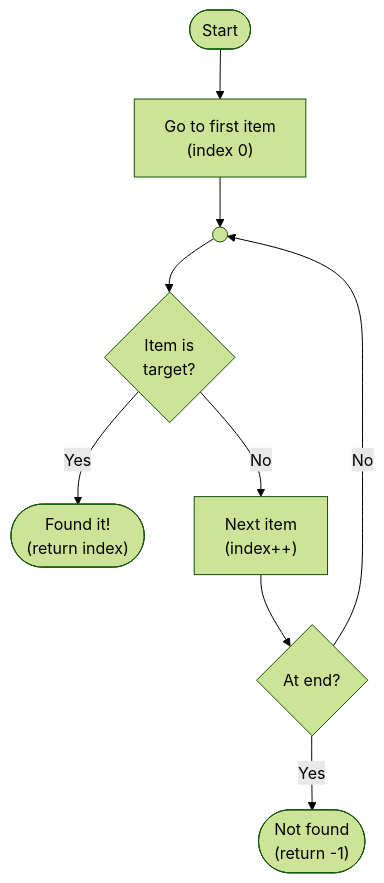
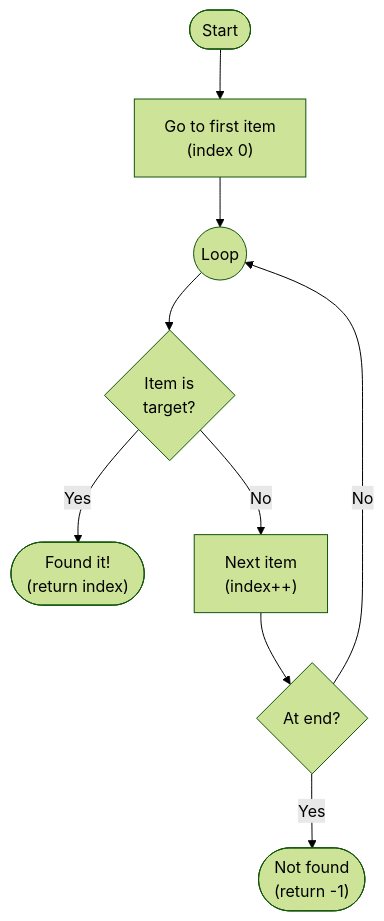
One commit to waimea-dt/how-do-i changed the first of 2 diagrams in docs/programming/algorithms/searching.md. Above: the diagram before and after it, drawn with Mermaid (forest theme). The commit also changed other lines of this file and 7 other files, not shown here.

Commit message:
Pseudocode and mermaid refinement

````diff
--- a/docs/programming/algorithms/searching.md
+++ b/docs/programming/algorithms/searching.md
@@ -20,19 +20,19 @@
 ```mermaid
 flowchart TD
     %% Define nodes
     start(["Start"])
     init["Go to first item<br>(index 0)"]
     check{"At end?"}
     compare{"Item is<br>target?"}
-    loop(( ))
+    loop((Loop))
     found(["Found it!<br>(return index)"])
     next["Next item<br>(index++)"]
     notfound(["Not found<br>(return -1)"])
 
     %% Define links
     start --> init --> loop --> compare
     check -- Yes --> notfound
     check -- No --> loop
     compare -- Yes --> found
     compare -- No --> next --> check
 ```
````
